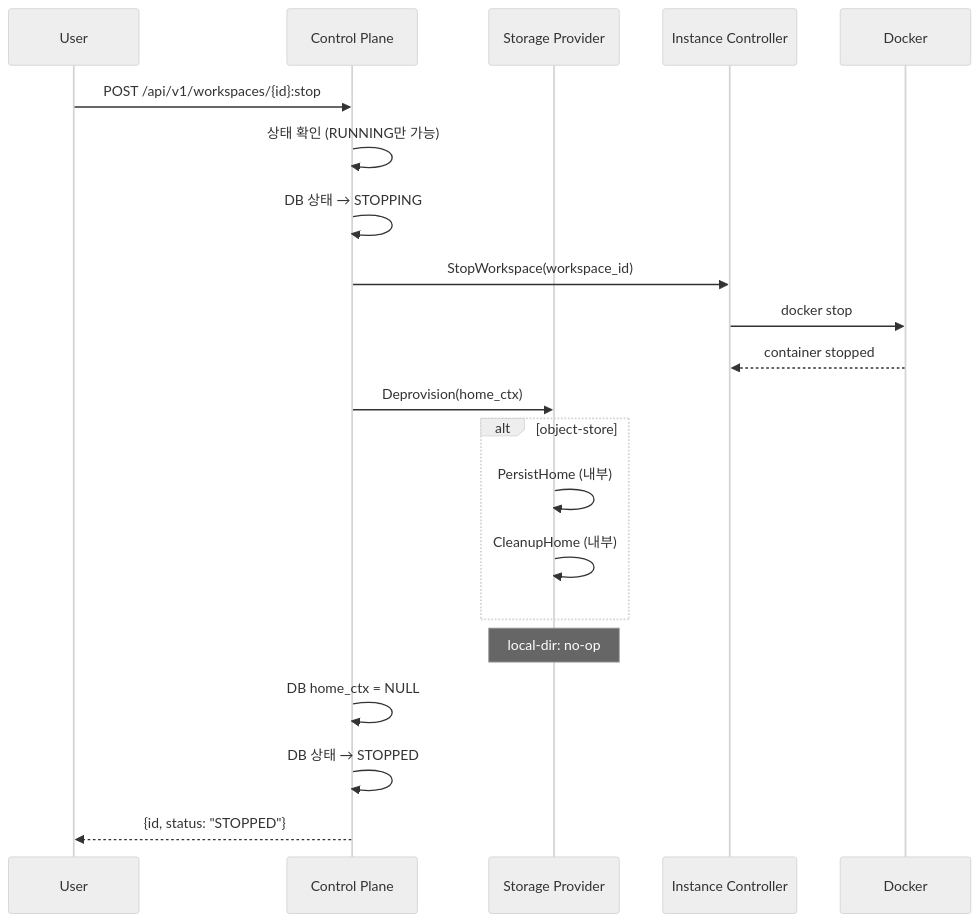
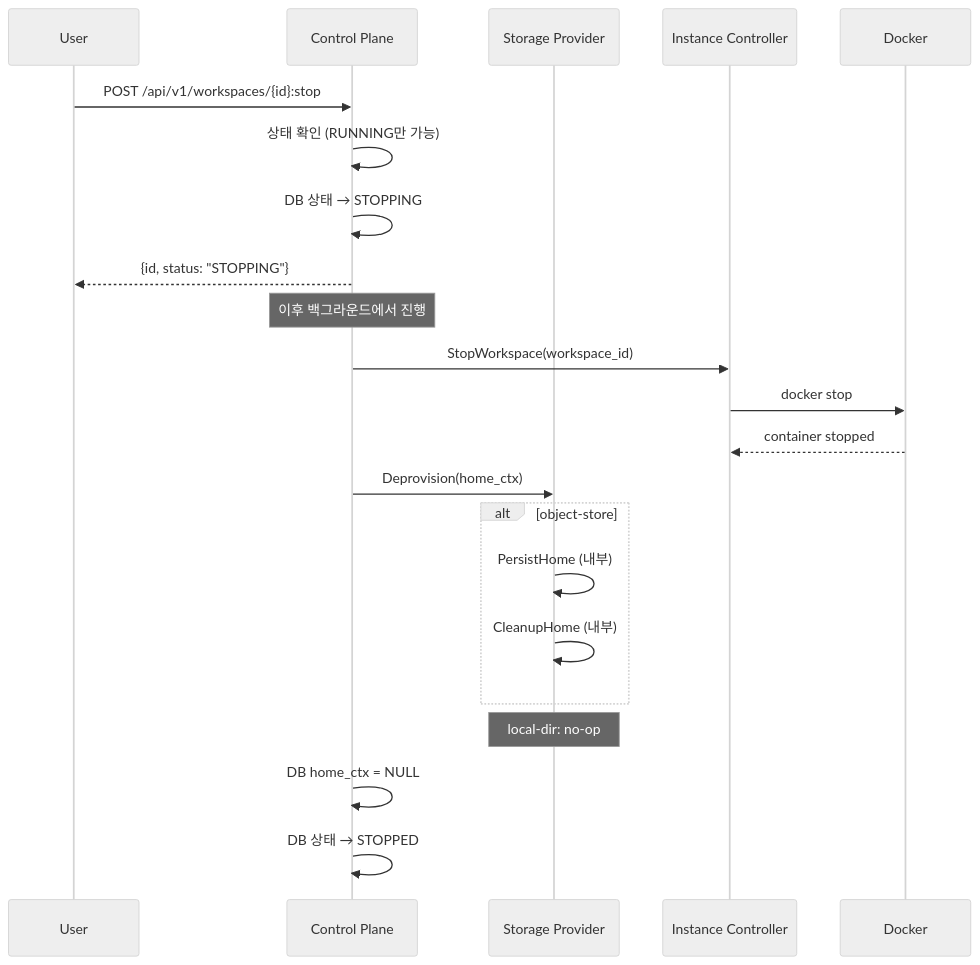
Before and after one commit to cagojeiger/code-hub: the fifth of 10 diagrams in docs/architecture.md, drawn with Mermaid (neutral theme). The commit also changed other lines of this file and 1 other file, not shown here.

````diff
--- a/docs/architecture.md
+++ b/docs/architecture.md
@@ -131,29 +134,31 @@
 ```mermaid
 sequenceDiagram
     participant U as User
     participant CP as Control Plane
     participant SP as Storage Provider
     participant IC as Instance Controller
     participant D as Docker
 
     U->>CP: POST /api/v1/workspaces/{id}:stop
     CP->>CP: 상태 확인 (RUNNING만 가능)
     CP->>CP: DB 상태 → STOPPING
+    CP-->>U: {id, status: "STOPPING"}
+
+    Note over CP: 이후 백그라운드에서 진행
 
     CP->>IC: StopWorkspace(workspace_id)
     IC->>D: docker stop
     D-->>IC: container stopped
 
     CP->>SP: Deprovision(home_ctx)
 
     alt object-store
         SP->>SP: PersistHome (내부)
         SP->>SP: CleanupHome (내부)
     end
 
     Note over SP: local-dir: no-op
 
     CP->>CP: DB home_ctx = NULL
     CP->>CP: DB 상태 → STOPPED
-    CP-->>U: {id, status: "STOPPED"}
 ```
````
